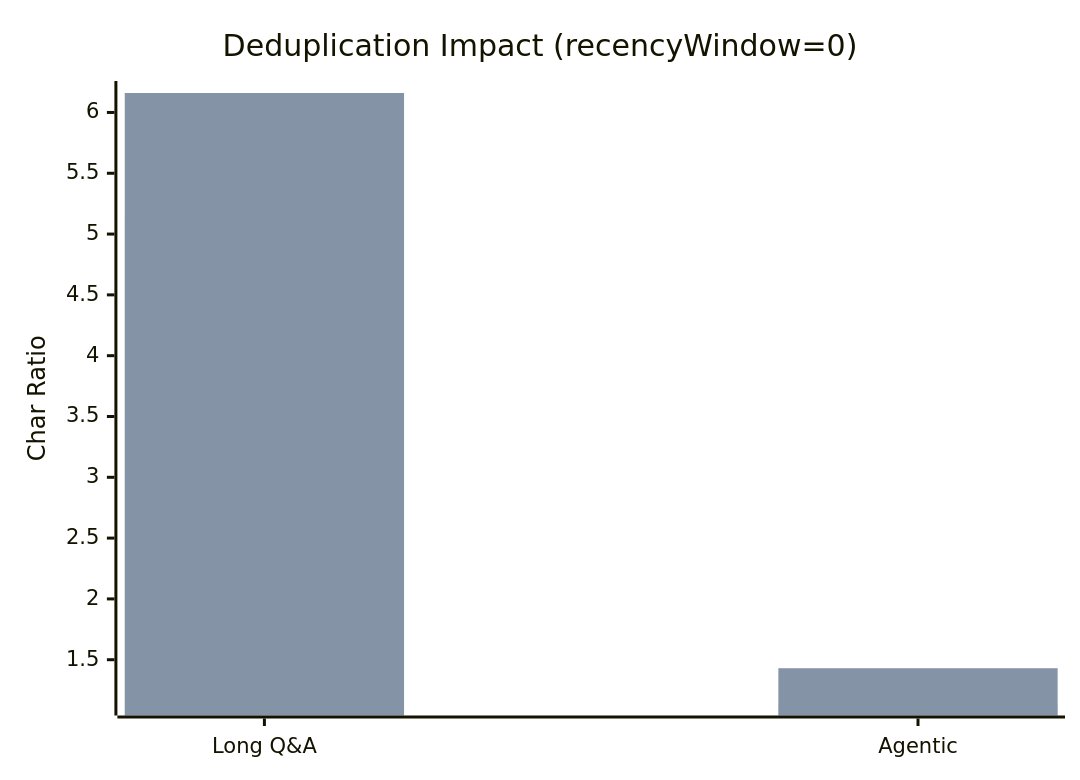
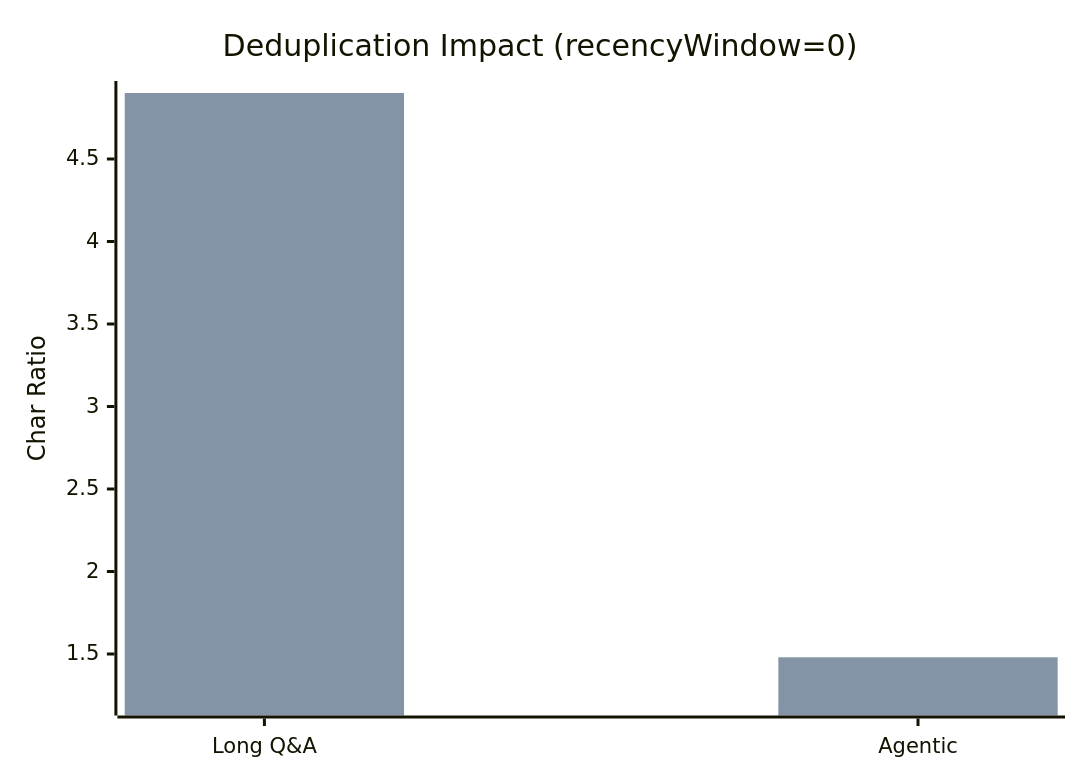
One commit to SimplyLiz/ContextCompressionEngine changed the third of 3 diagrams in docs/benchmark-results.md. Above: the diagram before and after it, drawn with Mermaid. The commit also changed other lines of this file and 7 other files, not shown here.

````diff
--- a/docs/benchmark-results.md
+++ b/docs/benchmark-results.md
@@ -51,8 +51,8 @@
 ```mermaid
 xychart-beta
     title "Deduplication Impact (recencyWindow=0)"
     x-axis ["Long Q&A", "Agentic"]
     y-axis "Char Ratio"
-    bar [5.14, 1.14]
-    bar [6.16, 1.43]
+    bar [4.00, 1.20]
+    bar [4.90, 1.48]
 ```
````
